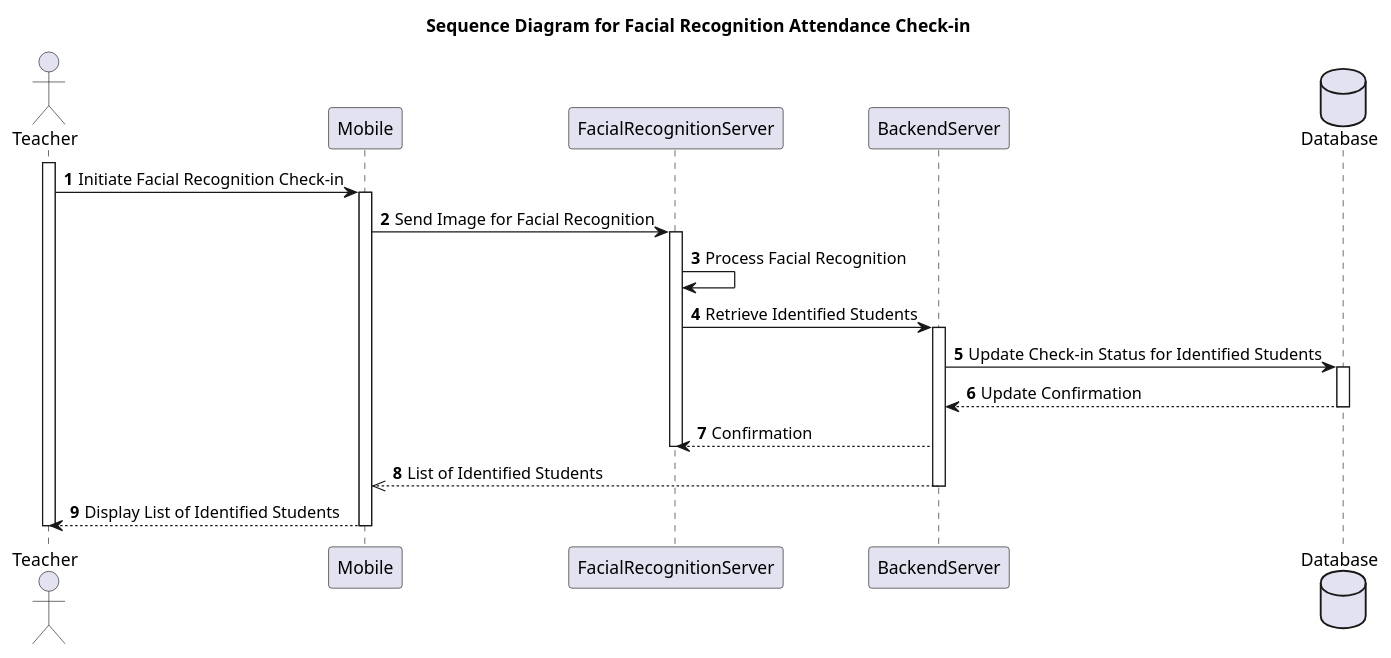
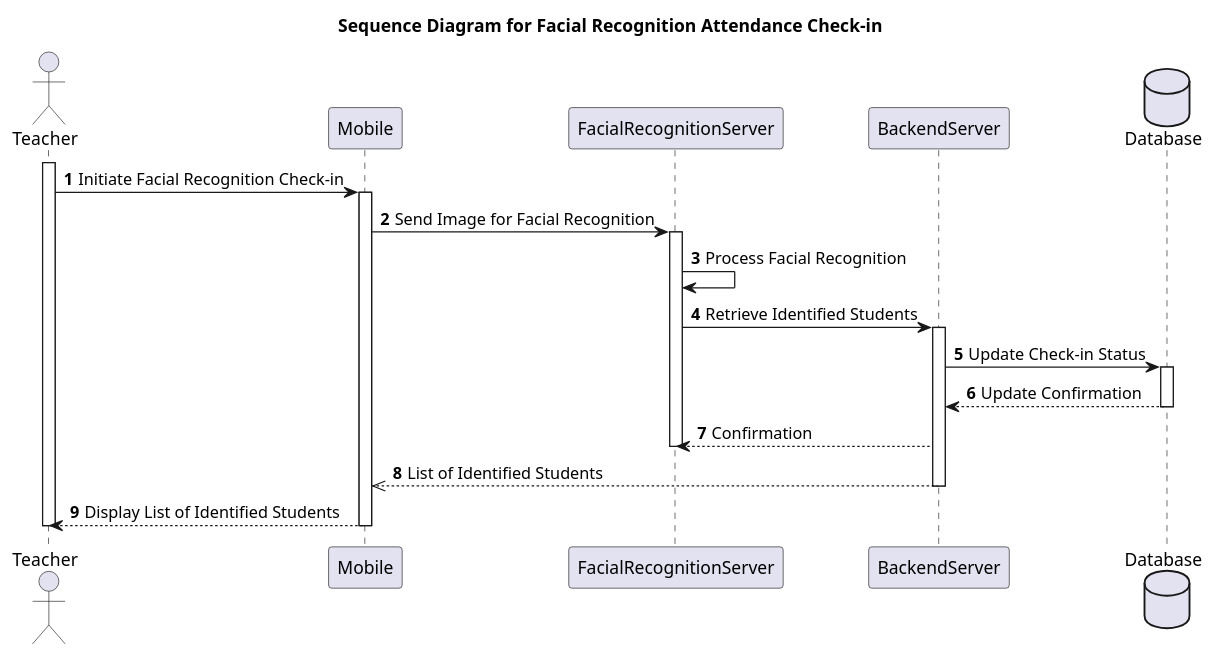
Before and after one commit to myDUT/mydut-backend: the diagram in diagram/sequence_diagram/FacialCheckIn.puml, drawn with PlantUML. The commit also changed 3 other files, not shown here.

Commit message:
update diagram

```diff
--- a/diagram/sequence_diagram/FacialCheckIn.puml
+++ b/diagram/sequence_diagram/FacialCheckIn.puml
@@ -1,32 +1,32 @@
 @startuml
 title "Sequence Diagram for Facial Recognition Attendance Check-in"
 
 autonumber
 
 actor Teacher as teacher
 participant Mobile as mobile
 participant FacialRecognitionServer as facial_server
 participant BackendServer as backend_server
 database Database as database
 
 activate teacher
 teacher -> mobile: Initiate Facial Recognition Check-in
 activate mobile
 mobile -> facial_server: Send Image for Facial Recognition
 activate facial_server
 facial_server -> facial_server: Process Facial Recognition
 facial_server -> backend_server: Retrieve Identified Students
 activate backend_server
-backend_server -> database: Update Check-in Status for Identified Students
+backend_server -> database: Update Check-in Status
 activate database
 database --> backend_server: Update Confirmation
 deactivate database
 backend_server --> facial_server: Confirmation
 deactivate facial_server
 backend_server -->> mobile: List of Identified Students
 deactivate backend_server
 mobile --> teacher: Display List of Identified Students
 deactivate mobile
 deactivate teacher
 
 @enduml
```
